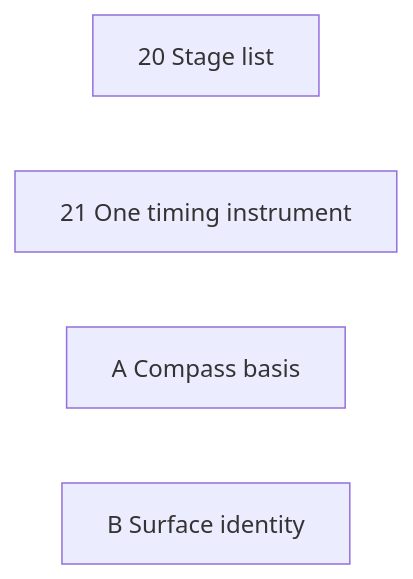
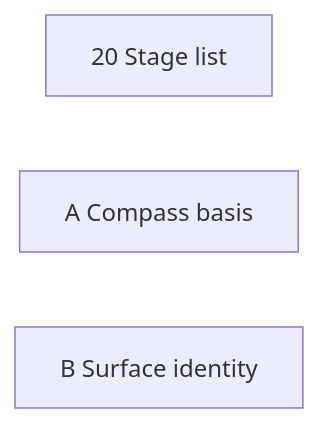
One commit to jonjaques/inertialref changed the diagram in design/plans/arch-review.md. Above: the diagram before and after it, drawn with Mermaid. The commit also changed other lines of this file and 15 other files, not shown here.

First line of the commit message:
refactor: the pass timeline is the one GPU instrument (#131)

````diff
--- a/design/plans/arch-review.md
+++ b/design/plans/arch-review.md
@@ -71,7 +71,6 @@
 ```mermaid
 flowchart LR
   P20[20 Stage list]
-  P21[21 One timing instrument]
   A[A Compass basis]
   B[B Surface identity]
 ```
````
